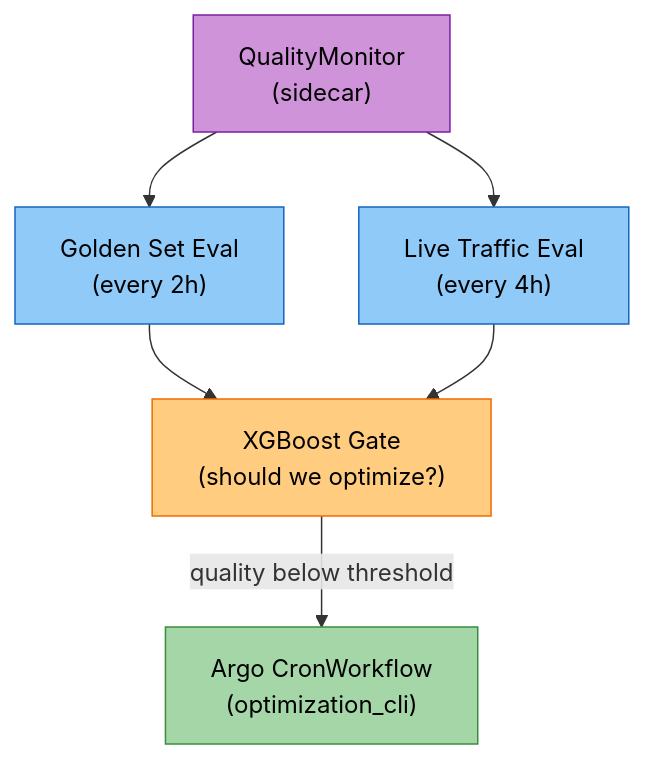
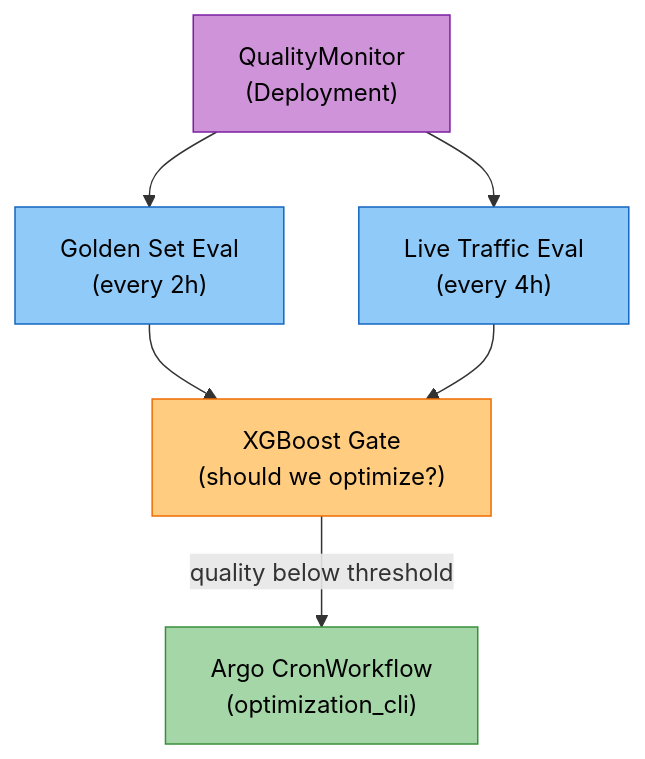
One commit to amit-jain/cogniverse changed the fifth of 6 diagrams in docs/setup/live-demo-guide.md. Above: the diagram before and after it, drawn with Mermaid. The commit also changed other lines of this file and 17 other files, not shown here.

First line of the commit message:
Move quality monitor into its own Deployment

````diff
--- a/docs/setup/live-demo-guide.md
+++ b/docs/setup/live-demo-guide.md
@@ -694,20 +694,20 @@
 ```mermaid
 flowchart TD
-    QM["<span style='color:#000'>QualityMonitor<br/>(sidecar)</span>"]
+    QM["<span style='color:#000'>QualityMonitor<br/>(Deployment)</span>"]
     GOLDEN["<span style='color:#000'>Golden Set Eval<br/>(every 2h)</span>"]
     LIVE["<span style='color:#000'>Live Traffic Eval<br/>(every 4h)</span>"]
     GATE["<span style='color:#000'>XGBoost Gate<br/>(should we optimize?)</span>"]
     ARGO["<span style='color:#000'>Argo CronWorkflow<br/>(optimization_cli)</span>"]
 
     QM --> GOLDEN
     QM --> LIVE
     GOLDEN --> GATE
     LIVE --> GATE
     GATE -->|"quality below threshold"| ARGO
 
     style QM fill:#ce93d8,stroke:#7b1fa2,color:#000
     style GOLDEN fill:#90caf9,stroke:#1565c0,color:#000
     style LIVE fill:#90caf9,stroke:#1565c0,color:#000
     style GATE fill:#ffcc80,stroke:#ef6c00,color:#000
     style ARGO fill:#a5d6a7,stroke:#388e3c,color:#000
 ```
````
